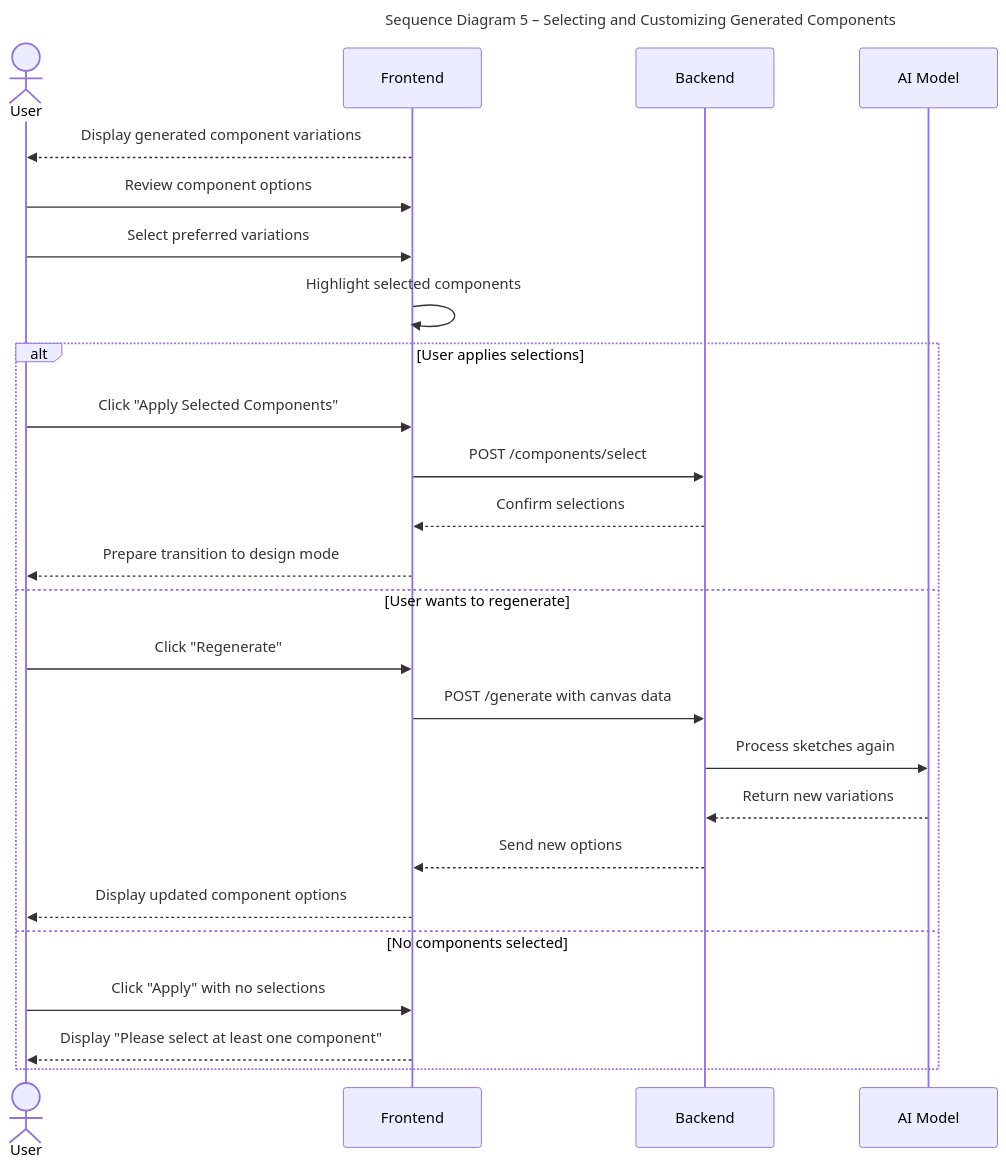
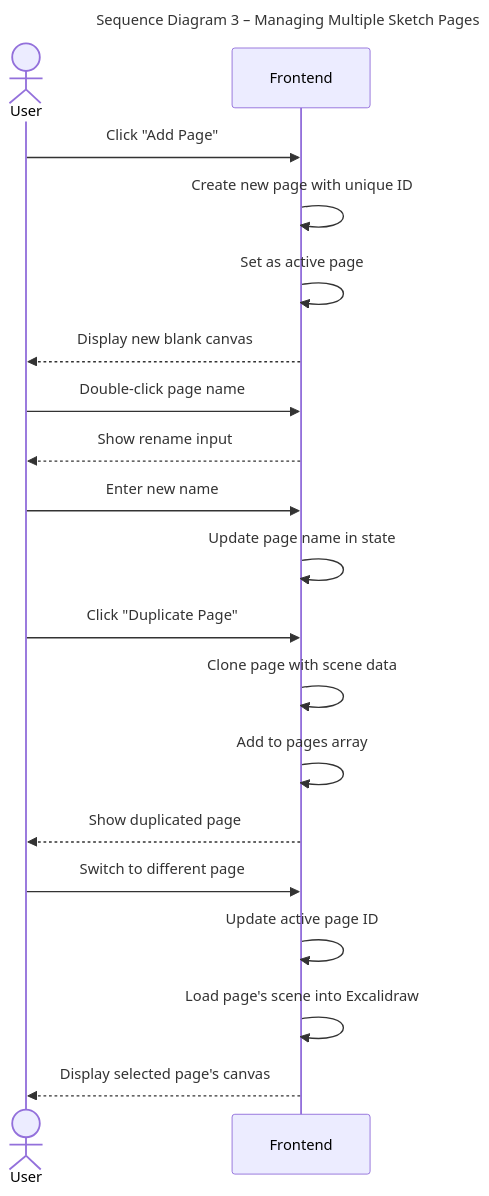
The third of 6 diagrams in documentation/docs/system-architecture/sequence-diagrams.md (Capstone-Projects-2025-Fall/project-001-sketch2screen), drawn with Mermaid before and after one commit. The commit also changed other lines of this file and 2 other files, not shown here.

Commit message:
Updated Sequence Diagrams section

````diff
--- a/documentation/docs/system-architecture/sequence-diagrams.md
+++ b/documentation/docs/system-architecture/sequence-diagrams.md
@@ -192,33 +104,29 @@
 ```mermaid
 ---
-title: Sequence Diagram 5 – Selecting and Customizing Generated Components
+title: Sequence Diagram 3 – Managing Multiple Sketch Pages
 ---
 
 sequenceDiagram
     actor User
     participant Frontend
-    participant Backend
-    participant AI_Model as AI Model
 
-    Frontend-->>User: Display generated component variations
-    User->>Frontend: Review component options
-    User->>Frontend: Select preferred variations
-    Frontend->>Frontend: Highlight selected components
+    User->>Frontend: Click "Add Page"
+    Frontend->>Frontend: Create new page with unique ID
+    Frontend->>Frontend: Set as active page
+    Frontend-->>User: Display new blank canvas
 
-    alt User applies selections
-        User->>Frontend: Click "Apply Selected Components"
-        Frontend->>Backend: POST /components/select
-        Backend-->>Frontend: Confirm selections
-        Frontend-->>User: Prepare transition to design mode
-    else User wants to regenerate
-        User->>Frontend: Click "Regenerate"
-        Frontend->>Backend: POST /generate with canvas data
-        Backend->>AI_Model: Process sketches again
-        AI_Model-->>Backend: Return new variations
-        Backend-->>Frontend: Send new options
-        Frontend-->>User: Display updated component options
-    else No components selected
-        User->>Frontend: Click "Apply" with no selections
-        Frontend-->>User: Display "Please select at least one component"
-    end
+    User->>Frontend: Double-click page name
+    Frontend-->>User: Show rename input
+    User->>Frontend: Enter new name
+    Frontend->>Frontend: Update page name in state
+
+    User->>Frontend: Click "Duplicate Page"
+    Frontend->>Frontend: Clone page with scene data
+    Frontend->>Frontend: Add to pages array
+    Frontend-->>User: Show duplicated page
+
+    User->>Frontend: Switch to different page
+    Frontend->>Frontend: Update active page ID
+    Frontend->>Frontend: Load page's scene into Excalidraw
+    Frontend-->>User: Display selected page's canvas
 ```
````
